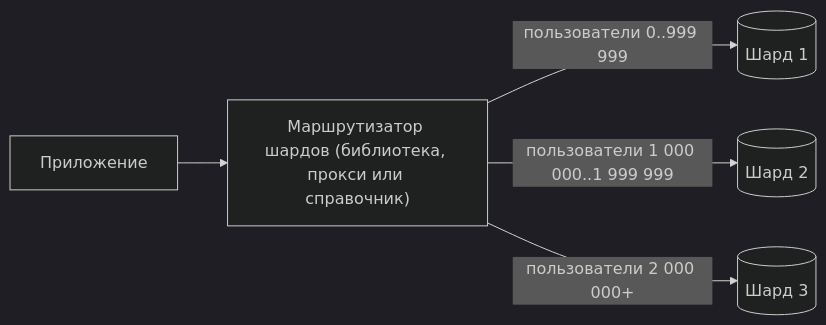
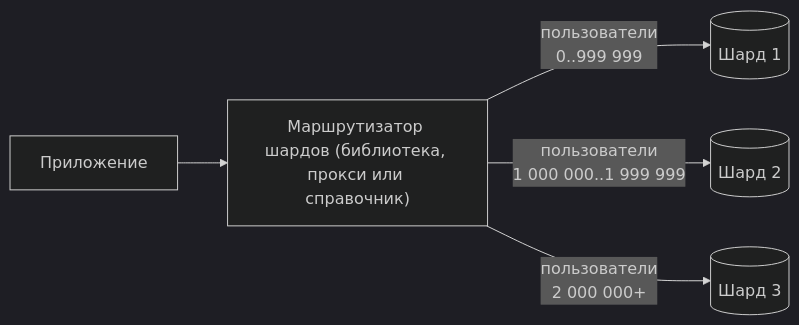
The second of 3 diagrams in src/content/docs/ru/data/partitioning-and-sharding.mdx (butyavk/system-design), drawn with Mermaid (dark theme) before and after one commit. The commit also changed other lines of this file and 144 other files, not shown here.

````diff
--- a/src/content/docs/ru/data/partitioning-and-sharding.mdx
+++ b/src/content/docs/ru/data/partitioning-and-sharding.mdx
@@ -46,7 +46,7 @@
 ```mermaid
 flowchart LR
   app["Приложение"] --> router["Маршрутизатор шардов (библиотека, прокси или справочник)"]
-  router -- "пользователи 0..999 999" --> s1[("Шард 1")]
-  router -- "пользователи 1 000 000..1 999 999" --> s2[("Шард 2")]
-  router -- "пользователи 2 000 000+" --> s3[("Шард 3")]
+  router -- "пользователи<br/>0..999 999" --> s1[("Шард 1")]
+  router -- "пользователи<br/>1 000 000..1 999 999" --> s2[("Шард 2")]
+  router -- "пользователи<br/>2 000 000+" --> s3[("Шард 3")]
 ```
````
